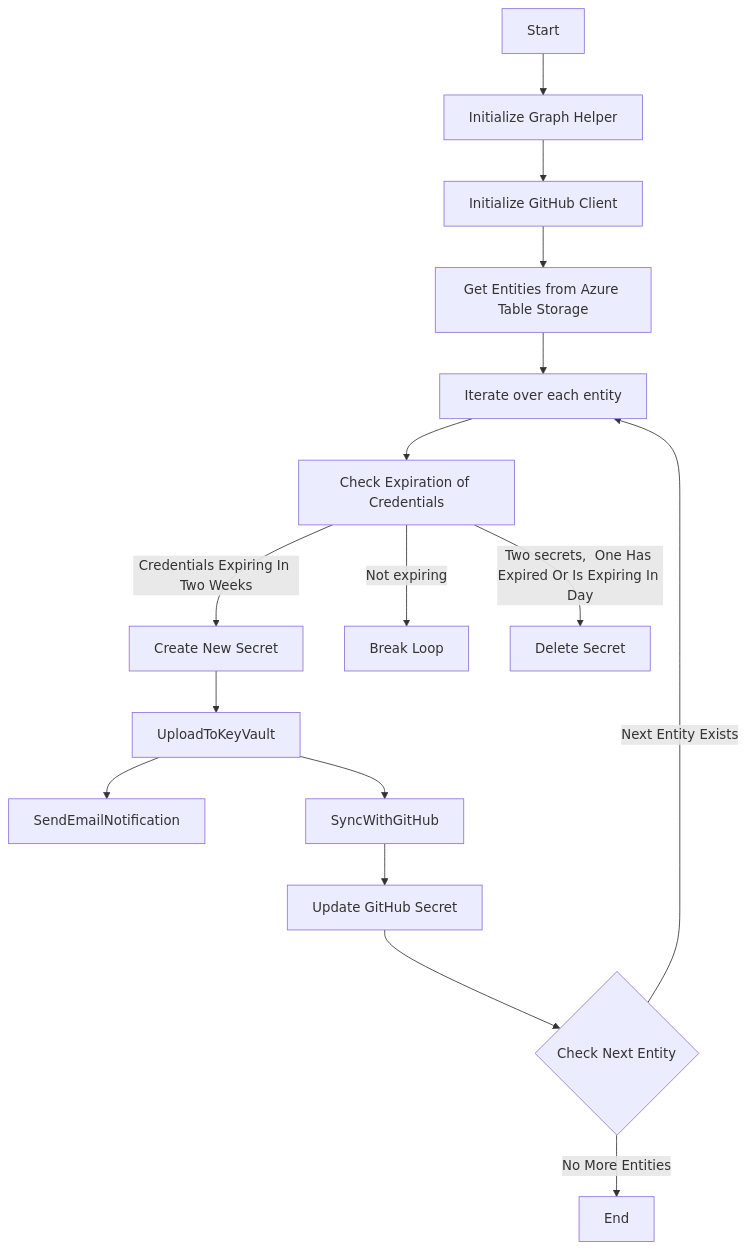
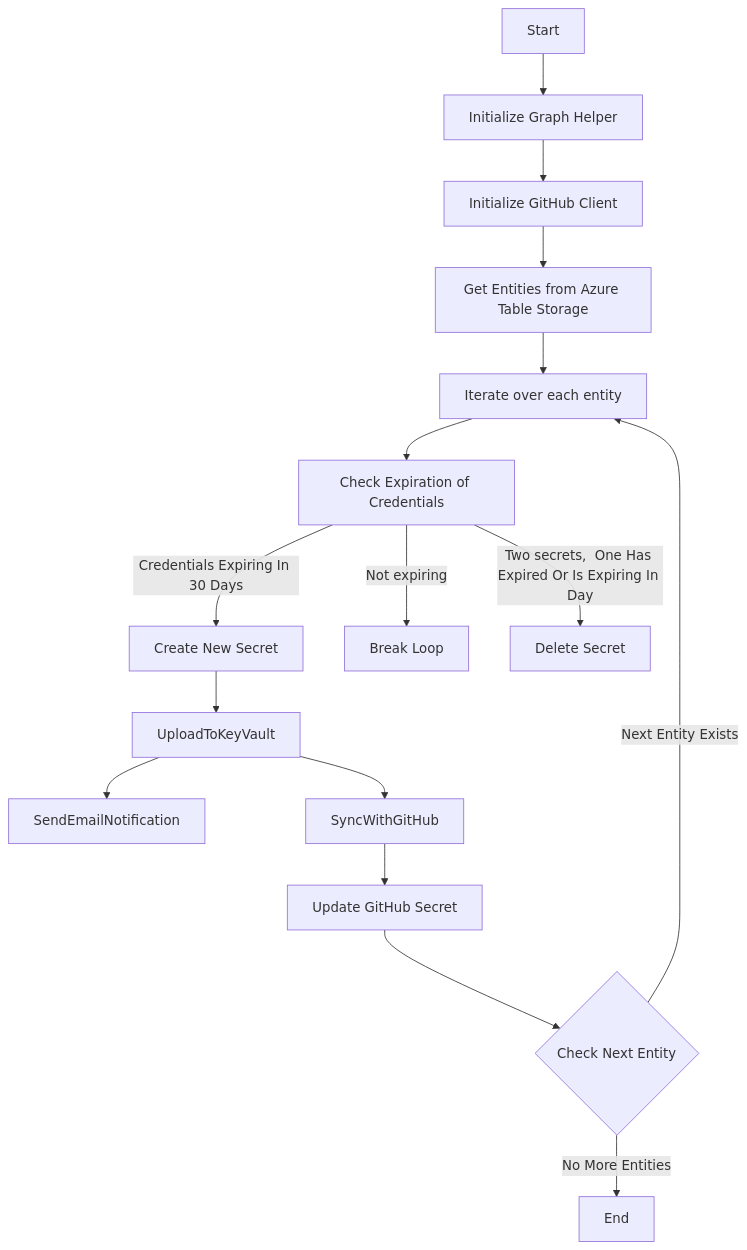
Before and after one commit to BusinessFinland/Azure-Secret-Rotator: the diagram in README.md, drawn with Mermaid. The commit also changed other lines of this file, not shown here.

````diff
--- a/README.md
+++ b/README.md
@@ -68,18 +72,18 @@
 ```mermaid
 graph TD;  
  Start[Start] --> InitializeGraphHelper[Initialize Graph Helper]
   InitializeGraphHelper --> InitializeGitHubClient[Initialize GitHub Client]
   InitializeGitHubClient --> GetEntities[Get Entities from Azure Table Storage]
   GetEntities --> IterateEntities[Iterate over each entity]
   IterateEntities --> CheckExpiration[Check Expiration of Credentials]
-  CheckExpiration --> |Credentials Expiring In Two Weeks|CreateNewSecret[Create New Secret]
+  CheckExpiration --> |Credentials Expiring In 30 Days|CreateNewSecret[Create New Secret]
   CheckExpiration --> |Not expiring|BreakLoop[Break Loop]
   CreateNewSecret --> UploadToKeyVault
   CheckExpiration --> |Two secrets,  One Has Expired Or Is Expiring In Day|DeleteSecret[Delete Secret]
   UploadToKeyVault --> SendEmailNotification
   UploadToKeyVault --> SyncWithGitHub
   SyncWithGitHub --> UpdateGitHubSecret[Update GitHub Secret]
   UpdateGitHubSecret --> CheckNextEntity{Check Next Entity}
   CheckNextEntity --> |Next Entity Exists|IterateEntities
   CheckNextEntity --> |No More Entities|End[End]
 ```
````
